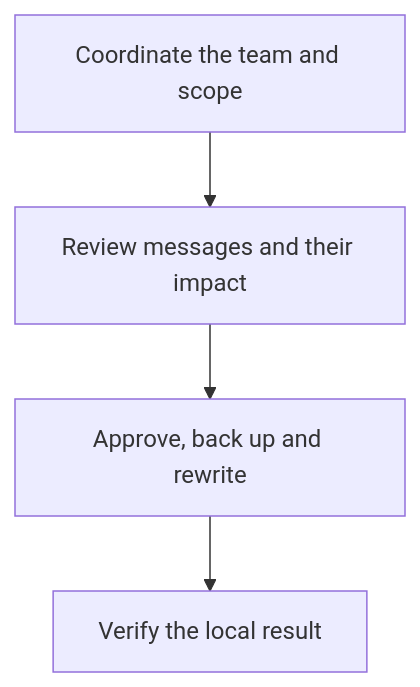
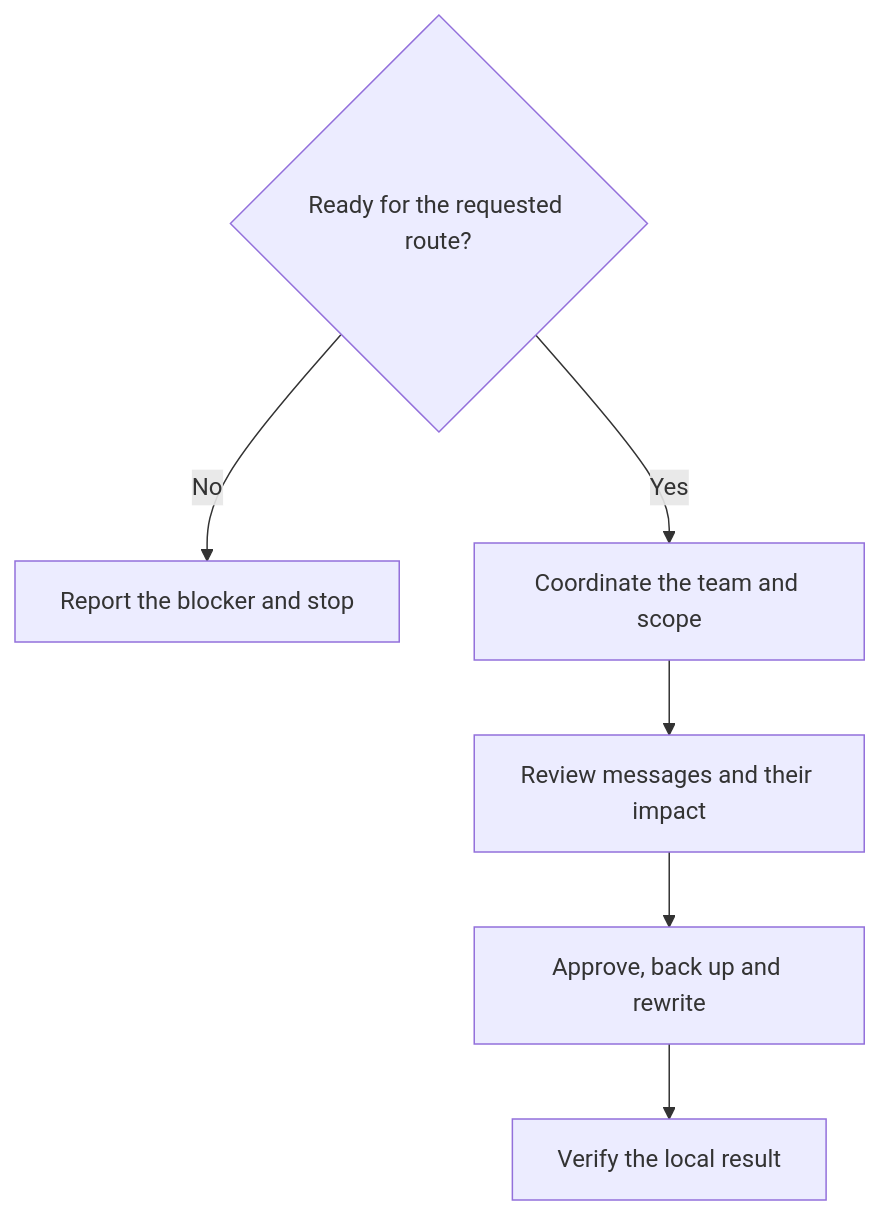
Before and after one commit to myowinthein/agent-helm: the diagram in docs/commands/normalize.md, drawn with Mermaid. The commit also changed other lines of this file and 45 other files, not shown here.

````diff
--- a/docs/commands/normalize.md
+++ b/docs/commands/normalize.md
@@ -19,6 +19,8 @@
 ```mermaid
 flowchart TD
+  Gate{"Ready for the requested route?"} -->|No| Stop["Report the blocker and stop"]
+  Gate -->|Yes| Ready
   Ready["Coordinate the team and scope"] --> Review["Review messages and their impact"]
   Review --> Rewrite["Approve, back up and rewrite"]
   Rewrite --> Verify["Verify the local result"]
 ```
````
